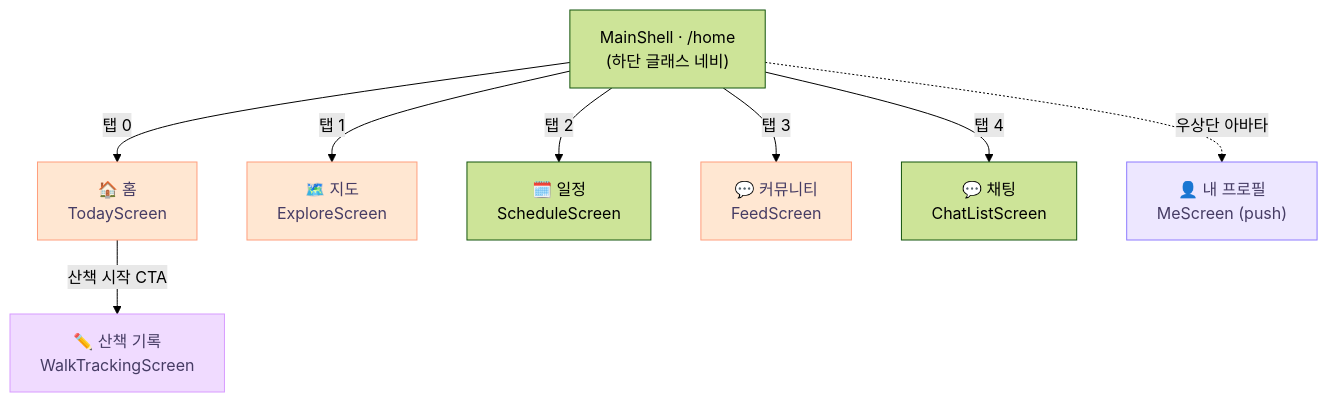
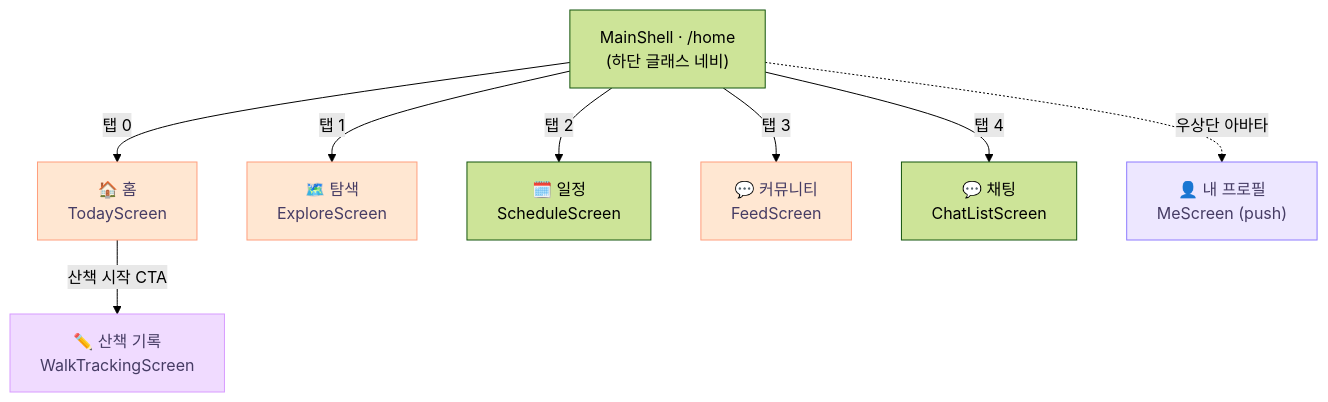
Before and after one commit to sanghyunbang/pawloop: the first of 8 diagrams in docs/01-design/information-architecture.md, drawn with Mermaid (forest theme). The commit also changed other lines of this file and 2 other files, not shown here.

````diff
--- a/docs/01-design/information-architecture.md
+++ b/docs/01-design/information-architecture.md
@@ -22,20 +22,20 @@
 ```mermaid
 graph TD
     Root["MainShell · /home<br/>(하단 글래스 네비)"]
 
     Root -->|탭 0| Home["🏠 홈<br/>TodayScreen"]
-    Root -->|탭 1| Map["🗺️ 지도<br/>ExploreScreen"]
+    Root -->|탭 1| Map["🗺️ 탐색<br/>ExploreScreen"]
     Home -->|"산책 시작" CTA| Walk["✏️ 산책 기록<br/>WalkTrackingScreen"]
     Root -->|탭 2| Schedule["🗓️ 일정<br/>ScheduleScreen"]
     Root -->|탭 3| Community["💬 커뮤니티<br/>FeedScreen"]
     Root -->|탭 4| Chat["💬 채팅<br/>ChatListScreen"]
 
     Root -.우상단 아바타.-> Me["👤 내 프로필<br/>MeScreen (push)"]
 
     classDef tab fill:#FFE7D2,stroke:#FF9E7D,color:#463C64;
     classDef fab fill:#F0DBFF,stroke:#D89BFF,color:#463C64;
     classDef global fill:#EDE7FF,stroke:#8E7BFF,color:#463C64;
     class Home,Map,Community,Stats tab;
     class Walk fab;
     class Me global;
 ```
````
